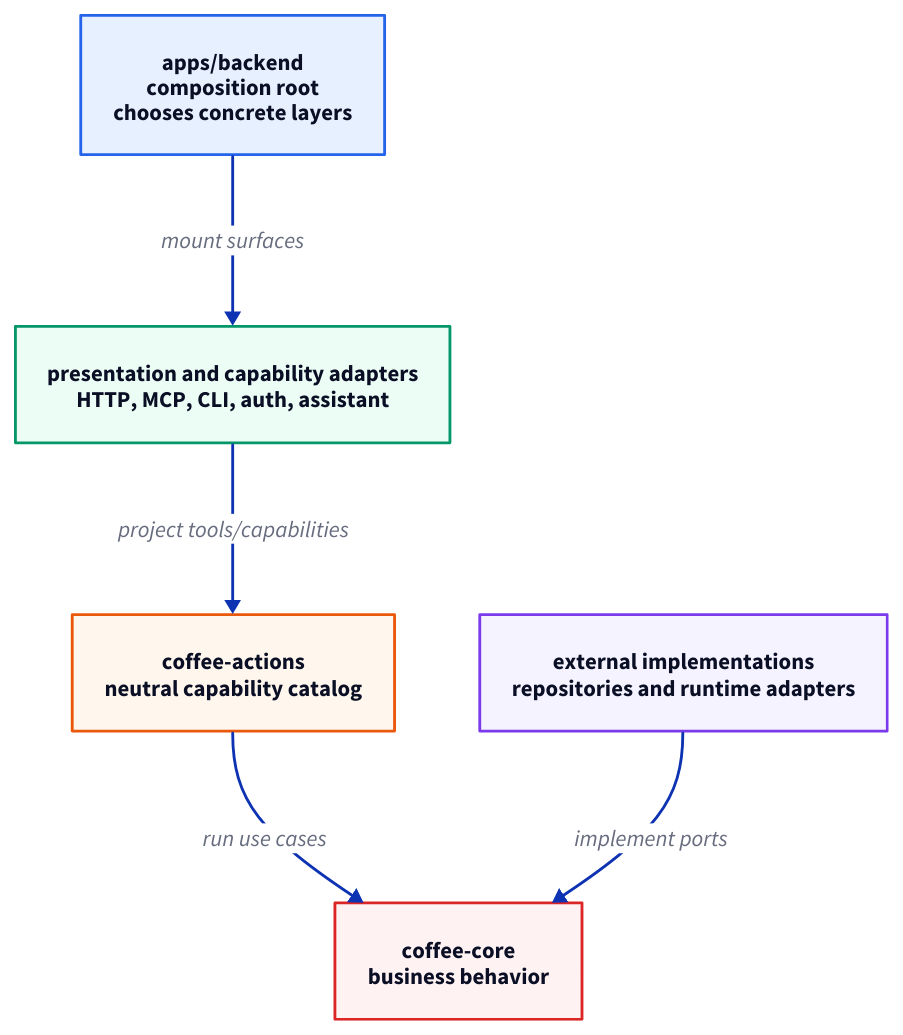
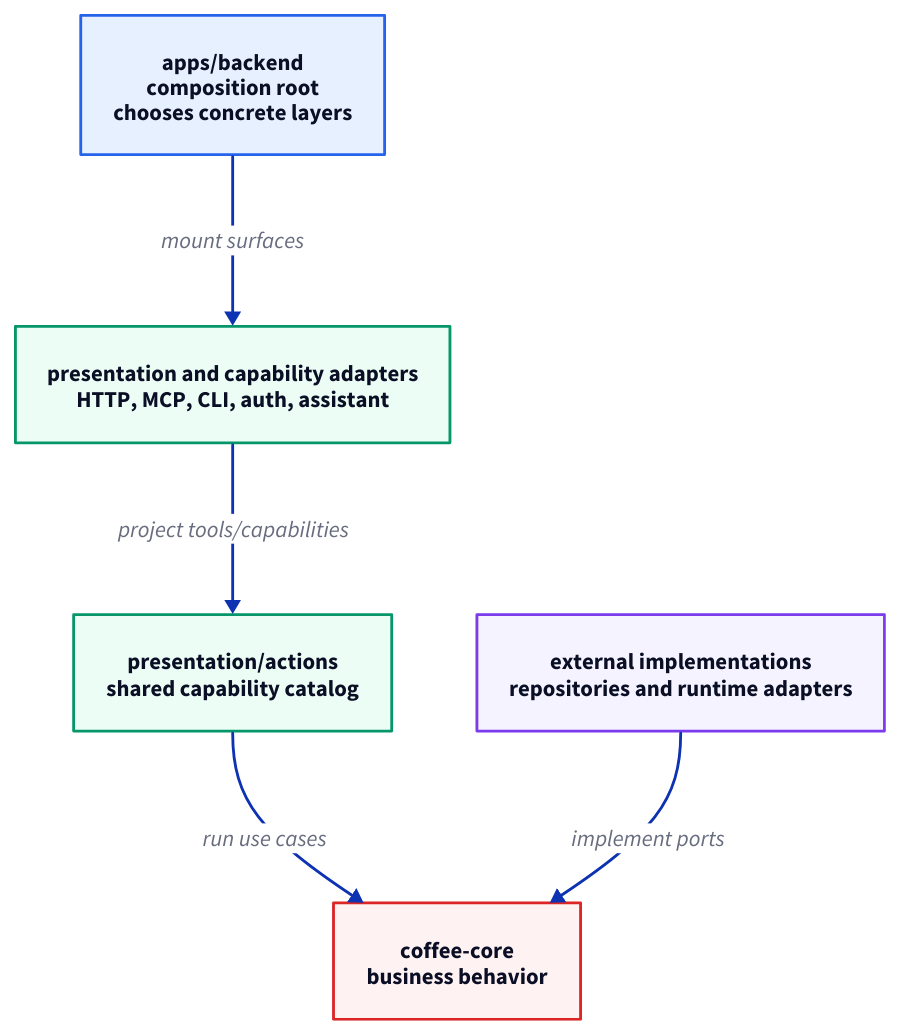
One commit to kevinmichaelchen/effect-coffee-shop changed the diagram in docs/architecture/package-layers.d2. Above: the diagram before and after it, drawn with D2. The commit also changed 24 other files, not shown here.

First line of the commit message:
refactor(actions): move catalog under presentation

```diff
--- a/docs/architecture/package-layers.d2
+++ b/docs/architecture/package-layers.d2
@@ -1,49 +1,49 @@
 direction: down
 
 classes: {
   app: {
     style.fill: "#E7F0FF"
     style.stroke: "#2563EB"
   }
   presentation: {
     style.fill: "#ECFDF5"
     style.stroke: "#059669"
   }
   application: {
     style.fill: "#FFF7ED"
     style.stroke: "#EA580C"
   }
   domain: {
     style.fill: "#FEF2F2"
     style.stroke: "#DC2626"
   }
   external: {
     style.fill: "#F5F3FF"
     style.stroke: "#7C3AED"
   }
 }
 
 app: "apps/backend\ncomposition root\nchooses concrete layers" {
   class: app
 }
 
 presentation: "presentation and capability adapters\nHTTP, MCP, CLI, auth, assistant" {
   class: presentation
 }
 
-actions: "coffee-actions\nneutral capability catalog" {
-  class: application
+actions: "presentation/actions\nshared capability catalog" {
+  class: presentation
 }
 
 core: "coffee-core\nbusiness behavior" {
   class: domain
 }
 
 external: "external implementations\nrepositories and runtime adapters" {
   class: external
 }
 
 app -> presentation: "mount surfaces"
 presentation -> actions: "project tools/capabilities"
 actions -> core: "run use cases"
 external -> core: "implement ports"
```
